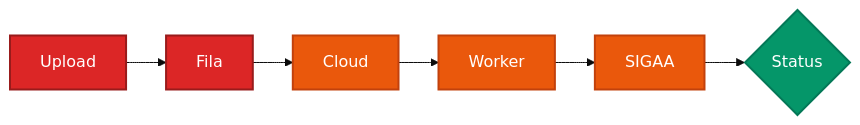
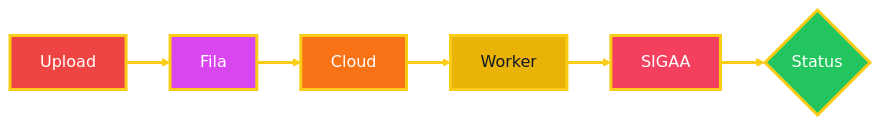
Before and after one commit to KairoHenrique/CEFET-Academic-Planner: the third of 5 diagrams in README.md, drawn with Mermaid. The commit also changed other lines of this file, not shown here.

Commit message:
docs: indice em 2 colunas e Mermaid com linhas amarelas no dark

````diff
--- a/README.md
+++ b/README.md
@@ -197,16 +213,24 @@
 ```mermaid
-%%{init: {"theme": "base", "flowchart": {"curve": "basis", "nodeSpacing": 32, "rankSpacing": 40}}}%%
+%%{init: {"theme": "base", "themeVariables": {"lineColor": "#FACC15"}, "flowchart": {"curve": "basis", "nodeSpacing": 36, "rankSpacing": 44}}}%%
 flowchart LR
   A[Upload] --> B[Fila]
   B --> C[Cloud]
   C --> D[Worker]
   D --> E[SIGAA]
   E --> F{Status}
 
-  classDef step fill:#DC2626,stroke:#991B1B,color:#FFFFFF,stroke-width:2px
-  classDef mid fill:#EA580C,stroke:#C2410C,color:#FFFFFF,stroke-width:2px
-  classDef endn fill:#059669,stroke:#047857,color:#FFFFFF,stroke-width:2px
-  class A,B step
-  class C,D,E mid
-  class F endn
+  classDef a fill:#EF4444,stroke:#FACC15,color:#FFFFFF,stroke-width:3px
+  classDef b fill:#D946EF,stroke:#FACC15,color:#FFFFFF,stroke-width:3px
+  classDef c fill:#F97316,stroke:#FACC15,color:#FFFFFF,stroke-width:3px
+  classDef d fill:#EAB308,stroke:#FACC15,color:#111827,stroke-width:3px
+  classDef e fill:#F43F5E,stroke:#FACC15,color:#FFFFFF,stroke-width:3px
+  classDef f fill:#22C55E,stroke:#FACC15,color:#FFFFFF,stroke-width:3px
+  class A a
+  class B b
+  class C c
+  class D d
+  class E e
+  class F f
+
+  linkStyle default stroke:#FACC15,stroke-width:3px
 ```
````
